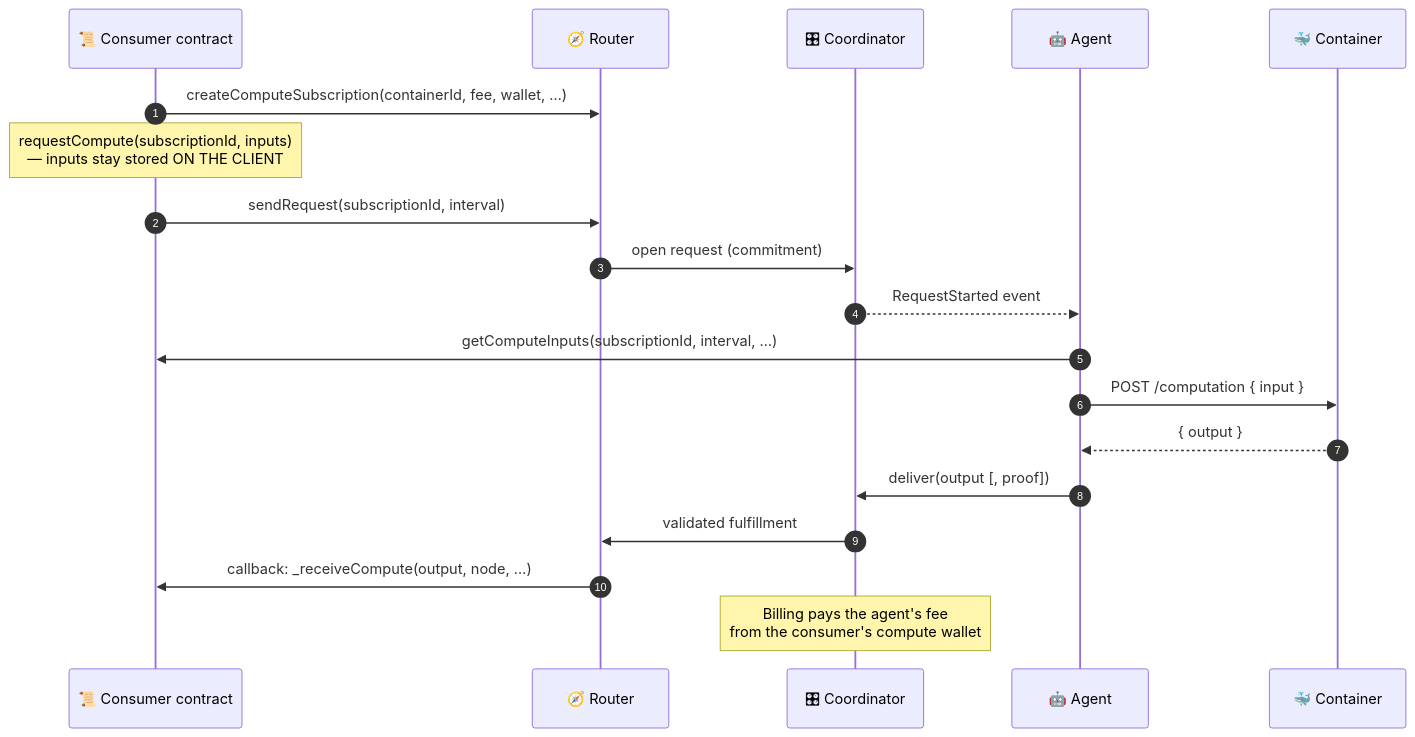
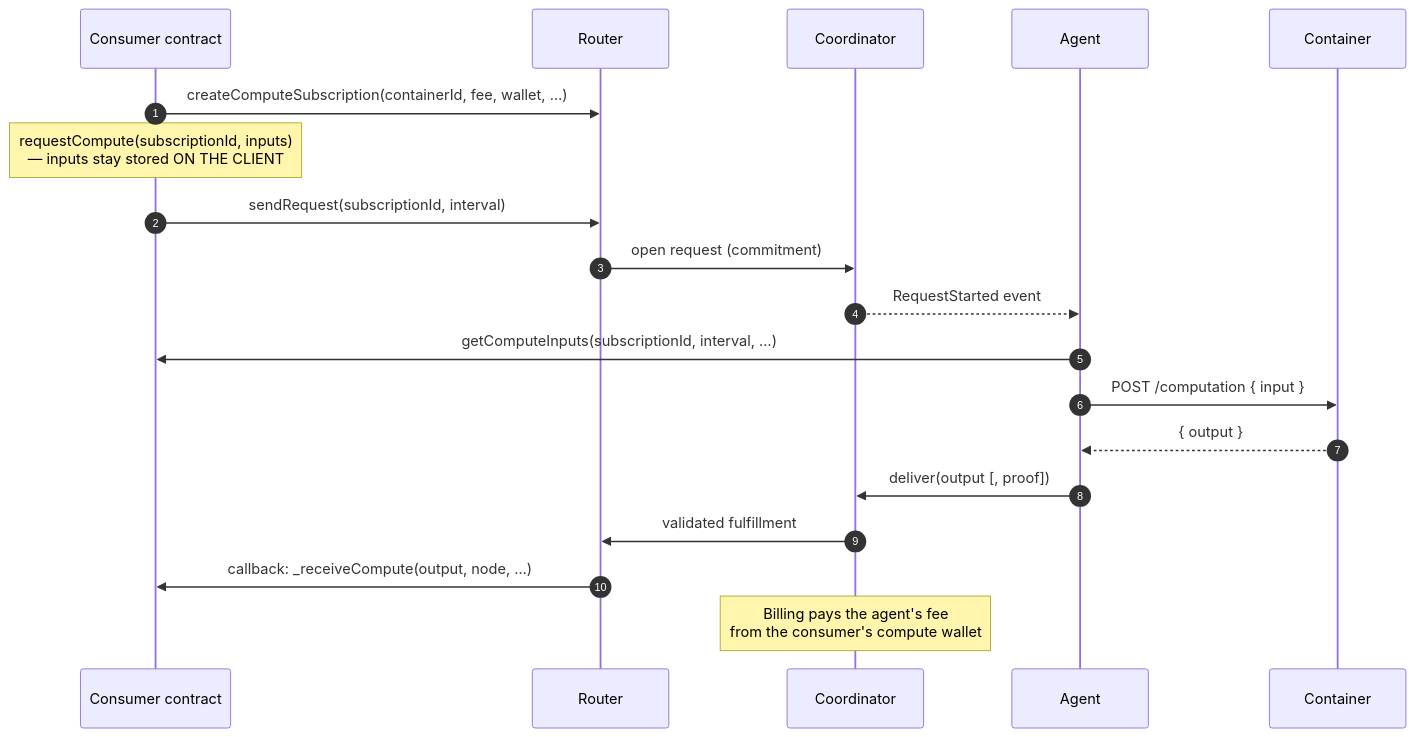
One commit to hpp-io/docs changed the first of 2 diagrams in noosphere/how-it-works.md. Above: the diagram before and after it, drawn with Mermaid. The commit also changed other lines of this file and 14 other files, not shown here.

````diff
--- a/noosphere/how-it-works.md
+++ b/noosphere/how-it-works.md
@@ -35,21 +35,21 @@
 ```mermaid
 sequenceDiagram
     autonumber
-    participant C as 📜 Consumer contract
-    participant R as 🧭 Router
-    participant K as 🎛 Coordinator
-    participant A as 🤖 Agent
-    participant D as 🐳 Container
+    participant C as Consumer contract
+    participant R as Router
+    participant K as Coordinator
+    participant A as Agent
+    participant D as Container
     C->>R: createComputeSubscription(containerId, fee, wallet, …)
     Note over C: requestCompute(subscriptionId, inputs)<br/>— inputs stay stored ON THE CLIENT
     C->>R: sendRequest(subscriptionId, interval)
     R->>K: open request (commitment)
     K-->>A: RequestStarted event
     A->>C: getComputeInputs(subscriptionId, interval, …)
     A->>D: POST /computation { input }
     D-->>A: { output }
     A->>K: deliver(output [, proof])
     K->>R: validated fulfillment
     R->>C: callback: _receiveCompute(output, node, …)
     Note over K: Billing pays the agent's fee<br/>from the consumer's compute wallet
 ```
````
